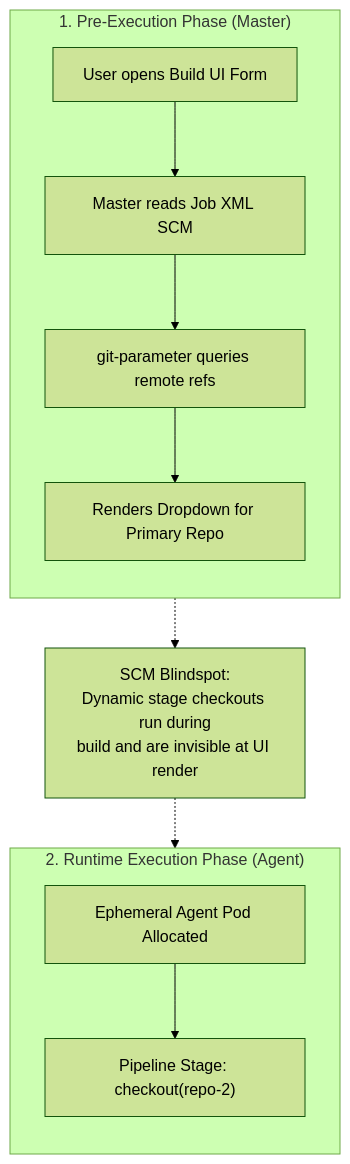
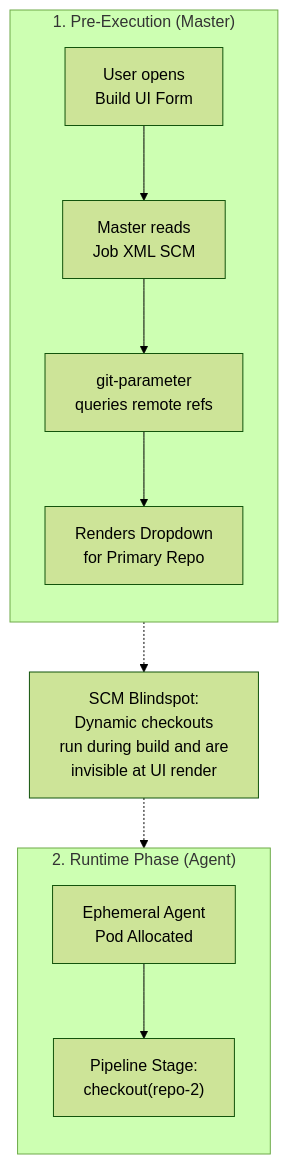
One commit to nubenetes/jenkins-git-parameter-bwce changed the fifth of 10 diagrams in README.md. Above: the diagram before and after it, drawn with Mermaid (forest theme). The commit also changed other lines of this file, not shown here.

Commit message:
fix(docs): format all diagram nodes with compact line lengths to prevent browser text clipping

````diff
--- a/README.md
+++ b/README.md
@@ -322,25 +322,25 @@
 ```mermaid
 flowchart TB
-    subgraph UI_Phase ["1. Pre-Execution Phase (Master)"]
+    subgraph UI_Phase ["1. Pre-Execution (Master)"]
         direction TB
-        User["User opens Build UI Form"]
-        Master["Master reads Job XML SCM"]
-        GitParam["git-parameter queries remote refs"]
-        Dropdown["Renders Dropdown for Primary Repo"]
+        User["User opens<br/>Build UI Form"]
+        Master["Master reads<br/>Job XML SCM"]
+        GitParam["git-parameter<br/>queries remote refs"]
+        Dropdown["Renders Dropdown<br/>for Primary Repo"]
 
         User --> Master --> GitParam --> Dropdown
     end
 
-    subgraph Runtime_Phase ["2. Runtime Execution Phase (Agent)"]
+    subgraph Runtime_Phase ["2. Runtime Phase (Agent)"]
         direction TB
-        AllocAgent["Ephemeral Agent Pod Allocated"]
-        RunStage["Pipeline Stage: checkout(repo-2)"]
+        AllocAgent["Ephemeral Agent<br/>Pod Allocated"]
+        RunStage["Pipeline Stage:<br/>checkout(repo-2)"]
 
         AllocAgent --> RunStage
     end
 
-    Gap["SCM Blindspot:<br/>Dynamic stage checkouts run during<br/>build and are invisible at UI render"]
+    Gap["SCM Blindspot:<br/>Dynamic checkouts<br/>run during build and are<br/>invisible at UI render"]
 
     Dropdown -.-> Gap
     Gap -.-> RunStage
 ```
````
